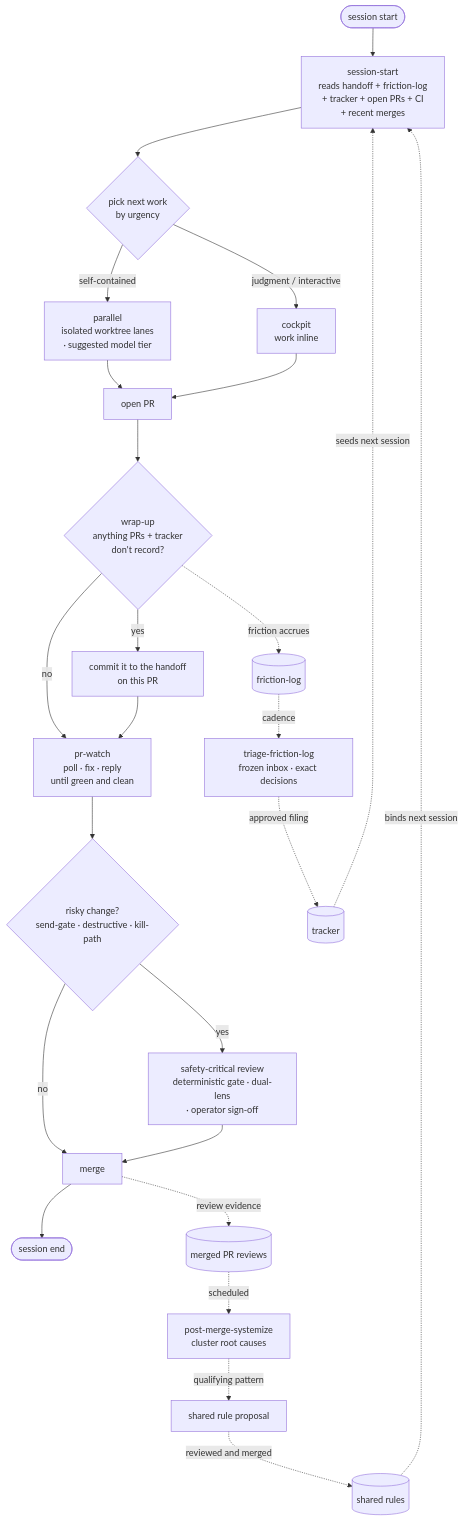
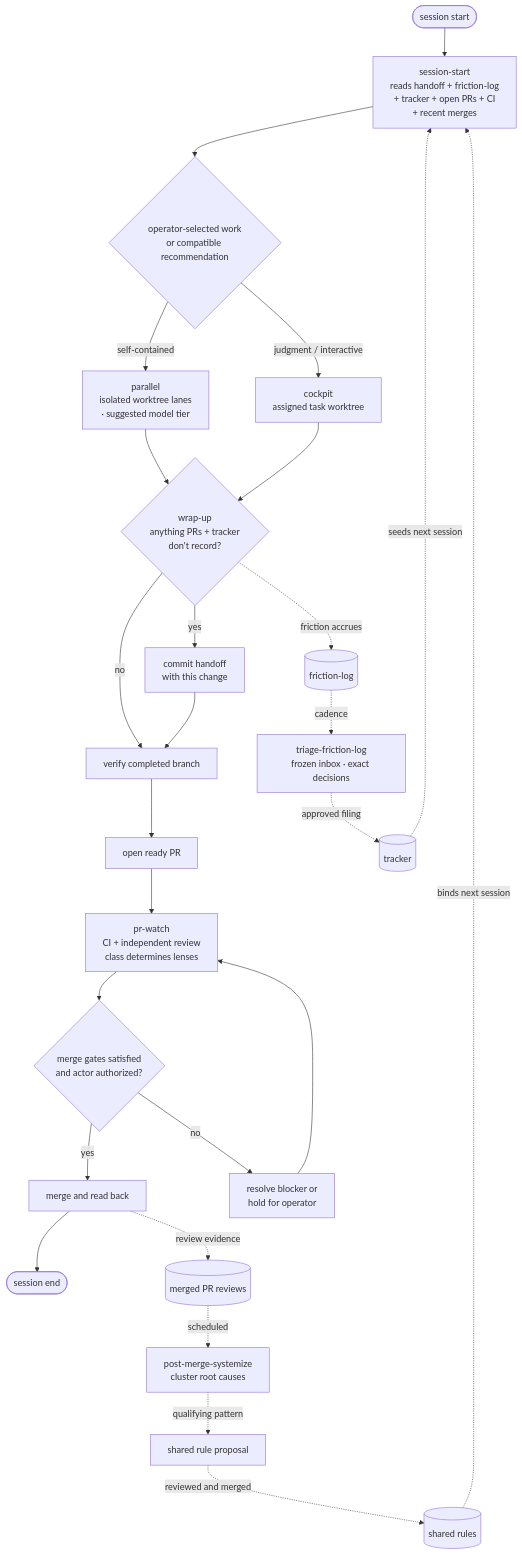
Before and after one commit to topij/agentic-dev-kit: the diagram in README.md, drawn with Mermaid. The commit also changed other lines of this file and 3 other files, not shown here.

Commit message:
docs: refresh worktree, review and cleanup guides (#1217)

````diff
--- a/README.md
+++ b/README.md
@@ -64,28 +64,29 @@
 ```mermaid
 flowchart TD
     A([session start]) --> B["session-start<br/>reads handoff + friction-log<br/>+ tracker + open PRs + CI<br/>+ recent merges"]
-    B --> C{"pick next work<br/>by urgency"}
+    B --> C{"operator-selected work<br/>or compatible recommendation"}
     C -->|self-contained| D["parallel<br/>isolated worktree lanes<br/>· suggested model tier"]
-    C -->|judgment / interactive| E["cockpit<br/>work inline"]
-    D --> F["open PR"]
-    E --> F
-    F --> K{"wrap-up<br/>anything PRs + tracker<br/>don't record?"}
-    K -->|yes| K2["commit it to the handoff<br/>on this PR"]
-    K -->|no| G
-    K2 --> G["pr-watch<br/>poll · fix · reply<br/>until green and clean"]
-    G --> H{"risky change?<br/>send-gate · destructive · kill-path"}
-    H -->|yes| I["safety-critical review<br/>deterministic gate · dual-lens<br/>· operator sign-off"]
-    H -->|no| J["merge"]
-    I --> J
+    C -->|judgment / interactive| E["cockpit<br/>assigned task worktree"]
+    D --> K{"wrap-up<br/>anything PRs + tracker<br/>don't record?"}
+    E --> K
+    K -->|yes| K2["commit handoff<br/>with this change"]
+    K -->|no| V
+    K2 --> V["verify completed branch"]
+    V --> F["open ready PR"]
+    F --> G["pr-watch<br/>CI + independent review<br/>class determines lenses"]
+    G --> H{"merge gates satisfied<br/>and actor authorized?"}
+    H -->|yes| J["merge and read back"]
+    H -->|no| I["resolve blocker or<br/>hold for operator"]
+    I --> G
     J --> L([session end])
     J -. review evidence .-> R[(merged PR reviews)]
 
     K -. friction accrues .-> M[(friction-log)]
     M -. cadence .-> N["triage-friction-log<br/>frozen inbox · exact decisions"]
     R[(merged PR reviews)] -. scheduled .-> O["post-merge-systemize<br/>cluster root causes"]
     N -. approved filing .-> P[(tracker)]
     O -. qualifying pattern .-> Q["shared rule proposal"]
     Q -. reviewed and merged .-> S[(shared rules)]
     P -. seeds next session .-> B
     S -. binds next session .-> B
 ```
````
